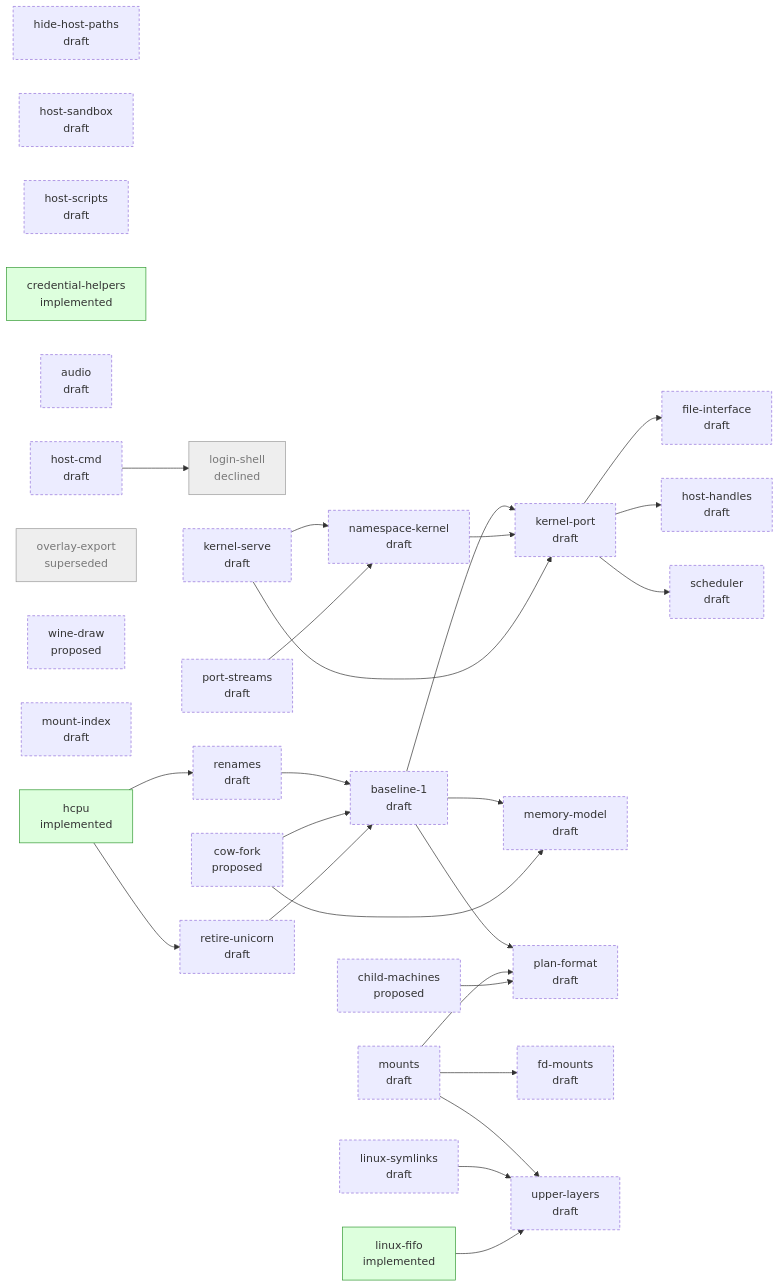
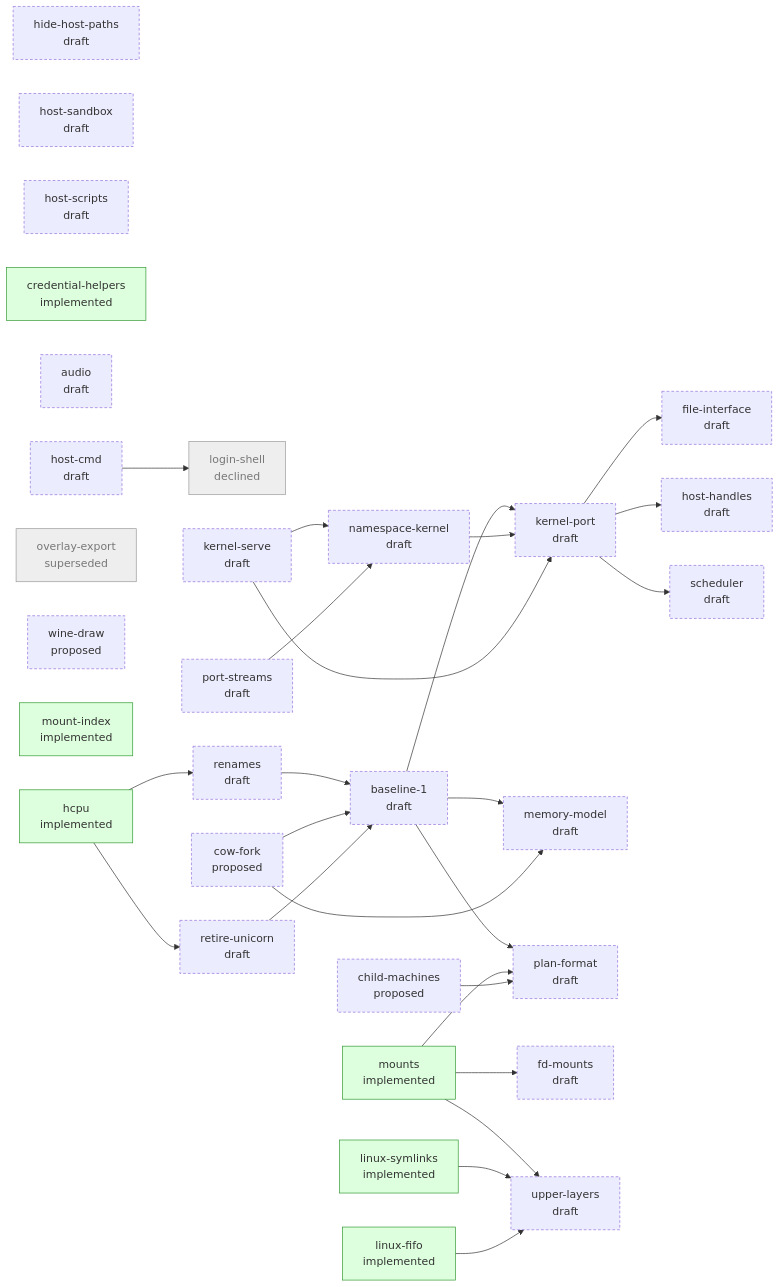
Before and after one commit to progrium/hyper9: the diagram in design/STATUS.md, drawn with Mermaid. The commit also changed other lines of this file, not shown here.

````diff
--- a/design/STATUS.md
+++ b/design/STATUS.md
@@ -40,60 +40,60 @@
 ```mermaid
 flowchart LR
   classDef draft stroke-dasharray: 4 3
   classDef accepted stroke-width: 2px
   classDef implemented fill:#dfd,stroke:#393
   classDef closed fill:#eee,stroke:#999,color:#777
   p_hide_host_paths["hide-host-paths<br/>draft"]:::draft
   p_host_sandbox["host-sandbox<br/>draft"]:::draft
   p_host_scripts["host-scripts<br/>draft"]:::draft
   p_credential_helpers["credential-helpers<br/>implemented"]:::implemented
   p_audio["audio<br/>draft"]:::draft
   p_host_cmd["host-cmd<br/>draft"]:::draft
   p_overlay_export["overlay-export<br/>superseded"]:::closed
   p_login_shell["login-shell<br/>declined"]:::closed
   p_child_machines["child-machines<br/>proposed"]:::draft
   p_cow_fork["cow-fork<br/>proposed"]:::draft
   p_wine_draw["wine-draw<br/>proposed"]:::draft
-  p_mount_index["mount-index<br/>draft"]:::draft
+  p_mount_index["mount-index<br/>implemented"]:::implemented
   p_hcpu["hcpu<br/>implemented"]:::implemented
   p_kernel_serve["kernel-serve<br/>draft"]:::draft
   p_namespace_kernel["namespace-kernel<br/>draft"]:::draft
   p_port_streams["port-streams<br/>draft"]:::draft
   p_linux_fifo["linux-fifo<br/>implemented"]:::implemented
-  p_mounts["mounts<br/>draft"]:::draft
+  p_mounts["mounts<br/>implemented"]:::implemented
   p_baseline_1["baseline-1<br/>draft"]:::draft
   p_file_interface["file-interface<br/>draft"]:::draft
   p_host_handles["host-handles<br/>draft"]:::draft
   p_kernel_port["kernel-port<br/>draft"]:::draft
-  p_linux_symlinks["linux-symlinks<br/>draft"]:::draft
+  p_linux_symlinks["linux-symlinks<br/>implemented"]:::implemented
   p_memory_model["memory-model<br/>draft"]:::draft
   p_plan_format["plan-format<br/>draft"]:::draft
   p_renames["renames<br/>draft"]:::draft
   p_retire_unicorn["retire-unicorn<br/>draft"]:::draft
   p_scheduler["scheduler<br/>draft"]:::draft
   p_fd_mounts["fd-mounts<br/>draft"]:::draft
   p_upper_layers["upper-layers<br/>draft"]:::draft
   p_host_cmd --> p_login_shell
   p_kernel_serve --> p_namespace_kernel
   p_port_streams --> p_namespace_kernel
   p_renames --> p_baseline_1
   p_cow_fork --> p_baseline_1
   p_retire_unicorn --> p_baseline_1
   p_kernel_port --> p_file_interface
   p_kernel_port --> p_host_handles
   p_baseline_1 --> p_kernel_port
   p_namespace_kernel --> p_kernel_port
   p_kernel_serve --> p_kernel_port
   p_baseline_1 --> p_memory_model
   p_cow_fork --> p_memory_model
   p_baseline_1 --> p_plan_format
   p_mounts --> p_plan_format
   p_child_machines --> p_plan_format
   p_hcpu --> p_renames
   p_hcpu --> p_retire_unicorn
   p_kernel_port --> p_scheduler
   p_mounts --> p_fd_mounts
   p_mounts --> p_upper_layers
   p_linux_symlinks --> p_upper_layers
   p_linux_fifo --> p_upper_layers
 ```
````
